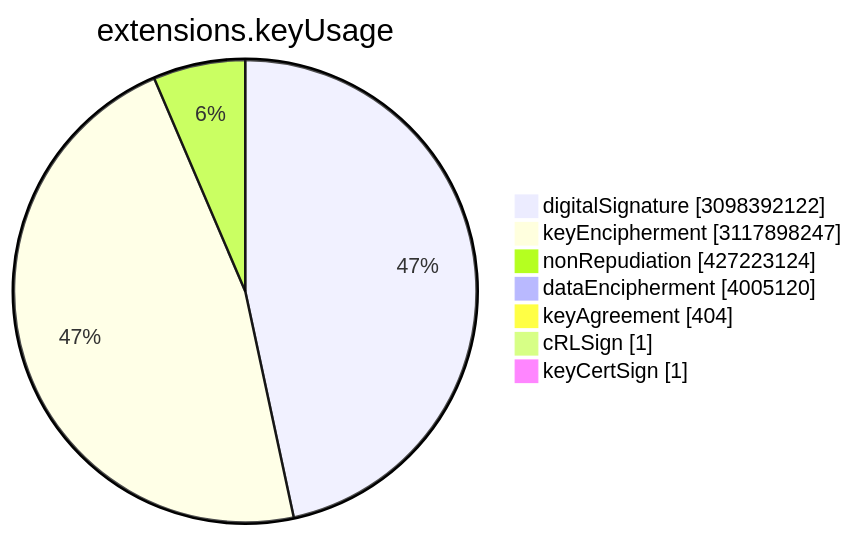
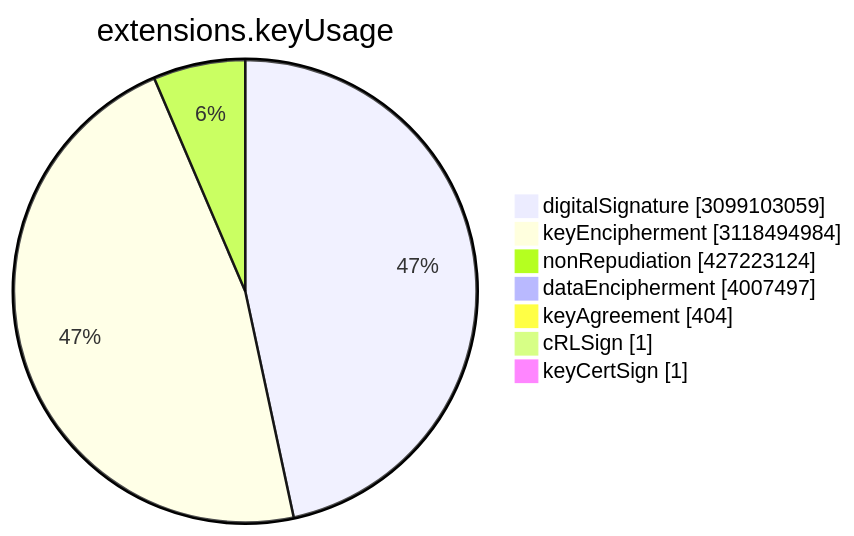
Before and after one commit to christiankrug/ctmonitor_visualization: the sixth of 15 diagrams in TOTAL/README.md, drawn with Mermaid. The commit also changed other lines of this file, not shown here.

````diff
--- a/TOTAL/README.md
+++ b/TOTAL/README.md
@@ -3077,11 +3077,11 @@
 ```mermaid
 pie showData
 title extensions.keyUsage
-"digitalSignature" :3098392122
-"keyEncipherment" :3117898247
+"digitalSignature" :3099103059
+"keyEncipherment" :3118494984
 "nonRepudiation" :427223124
-"dataEncipherment" :4005120
+"dataEncipherment" :4007497
 "keyAgreement" :404
 "cRLSign" :1
 "keyCertSign" :1
 ```
````
